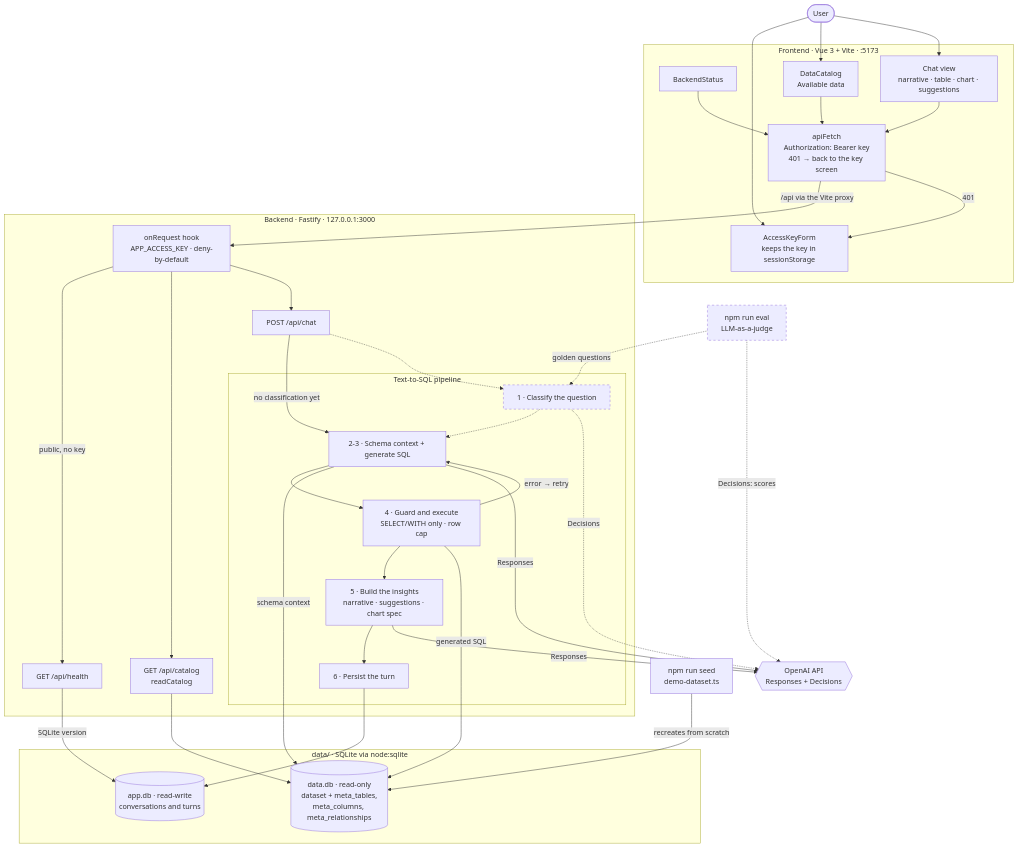
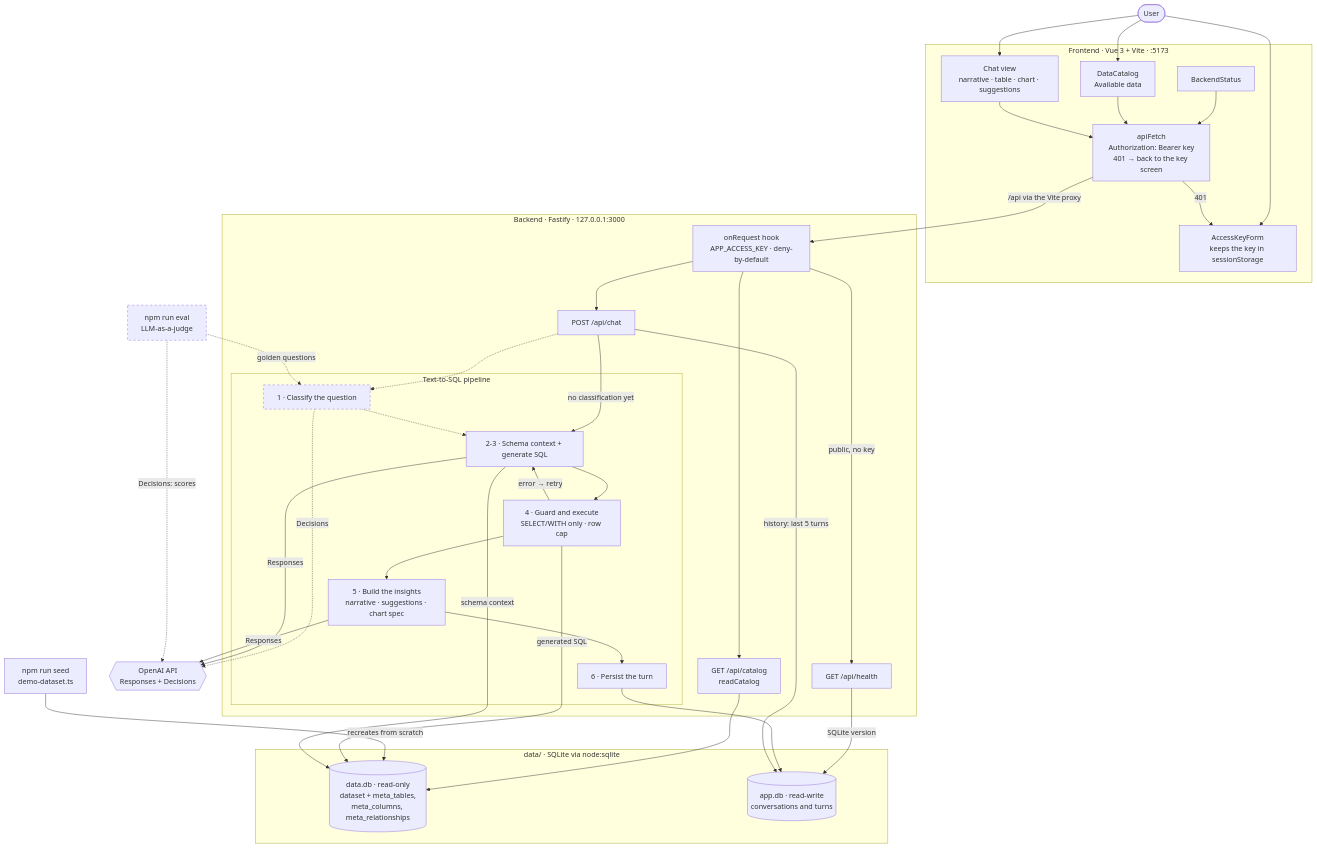
One commit to emiber/UTDT changed the diagram in docs/ARCHITECTURE_DIAGRAM.md. Above: the diagram before and after it, drawn with Mermaid. The commit also changed 2 other files, not shown here.

Commit message:
docs: memoria multi-turn
Refs #11

````diff
--- a/docs/ARCHITECTURE_DIAGRAM.md
+++ b/docs/ARCHITECTURE_DIAGRAM.md
@@ -8,66 +8,67 @@
 ```mermaid
 flowchart TB
   user(["User"])
 
   subgraph FE["Frontend · Vue 3 + Vite · :5173"]
     keyForm["AccessKeyForm<br/>keeps the key in sessionStorage"]
     backendStatus["BackendStatus"]
     dataCatalog["DataCatalog<br/>Available data"]
     chatUi["Chat view<br/>narrative · table · chart · suggestions"]
     apiFetch["apiFetch<br/>Authorization: Bearer key<br/>401 → back to the key screen"]
   end
 
   subgraph BE["Backend · Fastify · 127.0.0.1:3000"]
     authHook["onRequest hook<br/>APP_ACCESS_KEY · deny-by-default"]
     health["GET /api/health"]
     catalogRoute["GET /api/catalog<br/>readCatalog"]
     chatRoute["POST /api/chat"]
     subgraph PIPE["Text-to-SQL pipeline"]
       classify["1 · Classify the question"]
       genSql["2-3 · Schema context + generate SQL"]
       guard["4 · Guard and execute<br/>SELECT/WITH only · row cap"]
       insights["5 · Build the insights<br/>narrative · suggestions · chart spec"]
       persist["6 · Persist the turn"]
     end
   end
 
   subgraph DATA["data/ · SQLite via node:sqlite"]
     dataDb[("data.db · read-only<br/>dataset + meta_tables,<br/>meta_columns, meta_relationships")]
     appDb[("app.db · read-write<br/>conversations and turns")]
   end
 
   openai{{"OpenAI API<br/>Responses + Decisions"}}
   seed["npm run seed<br/>demo-dataset.ts"]
   evalCmd["npm run eval<br/>LLM-as-a-judge"]
 
   user --> keyForm
   user --> dataCatalog
   user --> chatUi
   backendStatus & dataCatalog --> apiFetch
   chatUi --> apiFetch
   apiFetch -->|"/api via the Vite proxy"| authHook
   apiFetch -->|"401"| keyForm
   authHook -->|"public, no key"| health
   authHook --> catalogRoute
   authHook --> chatRoute
   health -->|"SQLite version"| appDb
   catalogRoute --> dataDb
   seed -->|"recreates from scratch"| dataDb
 
   chatRoute -->|"no classification yet"| genSql
   chatRoute -.-> classify -.-> genSql
   genSql --> guard
   guard --> insights --> persist
   guard -->|"error → retry"| genSql
   guard -->|"generated SQL"| dataDb
   genSql -->|"schema context"| dataDb
   persist --> appDb
+  chatRoute -->|"history: last 5 turns"| appDb
   classify -.->|"Decisions"| openai
   genSql -->|"Responses"| openai
   insights -->|"Responses"| openai
   evalCmd -.->|"golden questions"| classify
   evalCmd -.->|"Decisions: scores"| openai
 
   classDef planned stroke-dasharray: 5 5
   class classify,evalCmd planned
 ```
````
